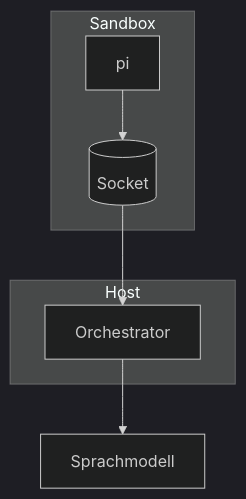
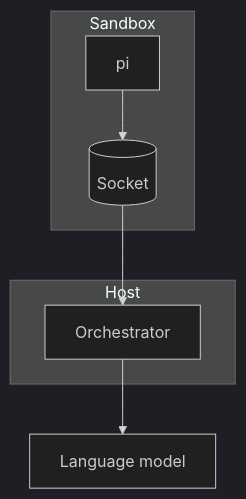
The second of 9 diagrams in images/agw-basis/skills/mermaid/SKILL.md (pschroee/agri-gaia-agent-gateway), drawn with Mermaid (dark theme) before and after one commit. The commit also changed other lines of this file and 25 other files, not shown here.

````diff
--- a/images/agw-basis/skills/mermaid/SKILL.md
+++ b/images/agw-basis/skills/mermaid/SKILL.md
@@ -79,11 +79,11 @@
 ```mermaid
 flowchart TB
   subgraph host["Host"]
     O["Orchestrator"]
   end
   subgraph sandbox["Sandbox"]
     P["pi"] --> S[("Socket")]
   end
   S --> O
-  O --> M["Sprachmodell"]
+  O --> M["Language model"]
 ```
````
